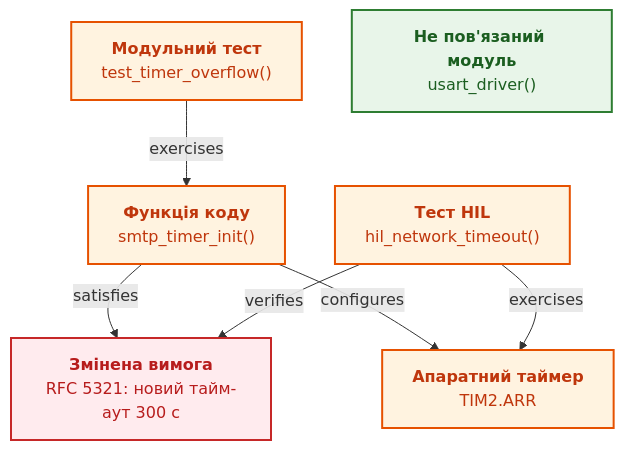
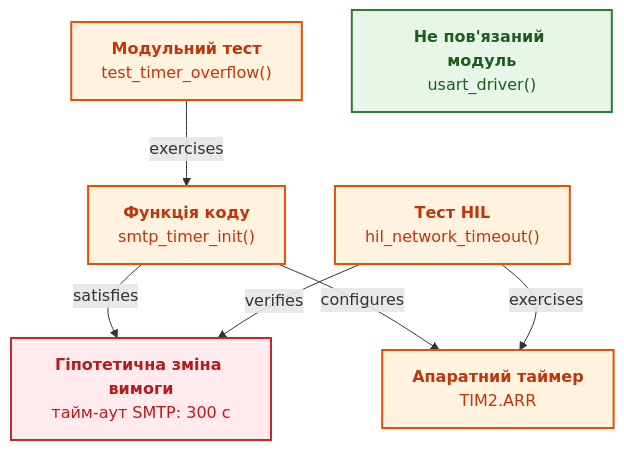
Before and after one commit to nick-fedchik/articles: the fifth of 8 diagrams in ExpertSystem/ch09-engineering-knowledge-graph-traceability.md, drawn with Mermaid. The commit also changed other lines of this file and 1 other file, not shown here.

````diff
--- a/ExpertSystem/ch09-engineering-knowledge-graph-traceability.md
+++ b/ExpertSystem/ch09-engineering-knowledge-graph-traceability.md
@@ -507,26 +511,26 @@
 ```mermaid
 flowchart TD
     accTitle: Поширення впливу зміни в інженерному графі
     accDescr: Зміна вимоги щодо тайм-ауту поширюється на функцію коду, апаратний таймер і два тести, а не пов'язаний драйвер лишається поза зоною впливу.
 
-    NormChange["<b>Змінена вимога</b><br/>RFC 5321: новий тайм-аут 300 с"]
+    NormChange["<b>Гіпотетична зміна вимоги</b><br/>тайм-аут SMTP: 300 с"]
     CodeFn["<b>Функція коду</b><br/>smtp_timer_init()"]
     HwReg["<b>Апаратний таймер</b><br/>TIM2.ARR"]
     Test1["<b>Модульний тест</b><br/>test_timer_overflow()"]
     Test2["<b>Тест HIL</b><br/>hil_network_timeout()"]
     Unrelated["<b>Не пов'язаний модуль</b><br/>usart_driver()"]
 
     CodeFn -->|"satisfies"| NormChange
     CodeFn -->|"configures"| HwReg
     Test1 -->|"exercises"| CodeFn
     Test2 -->|"verifies"| NormChange
     Test2 -->|"exercises"| HwReg
 
     classDef changed fill:#ffebee,stroke:#c62828,stroke-width:2px,color:#b71c1c;
     classDef impacted fill:#fff3e0,stroke:#e65100,stroke-width:2px,color:#bf360c;
     classDef clean fill:#e8f5e9,stroke:#2e7d32,stroke-width:2px,color:#1b5e20;
 
     class NormChange changed;
     class CodeFn,HwReg,Test1,Test2 impacted;
     class Unrelated clean;
 ```
````
